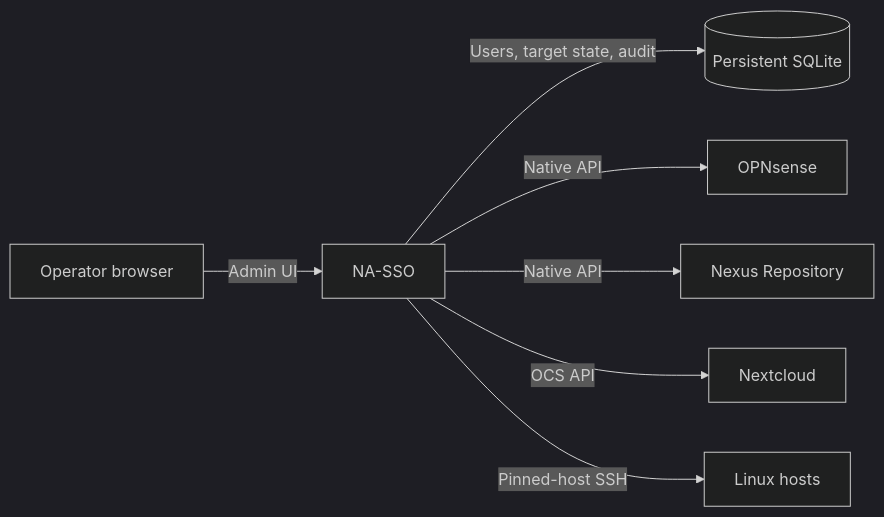
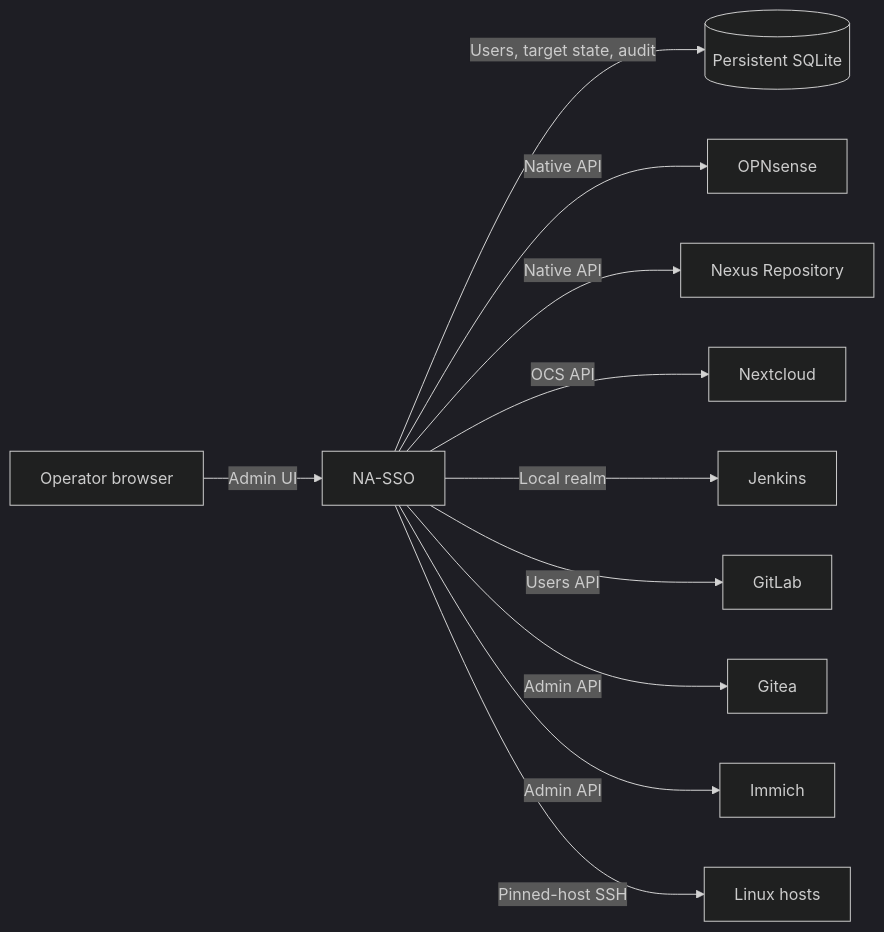
The diagram in README.md (jpbaking/na-sso), drawn with Mermaid (dark theme) before and after one commit. The commit also changed other lines of this file and 9 other files, not shown here.

````diff
--- a/README.md
+++ b/README.md
@@ -73,9 +79,13 @@
 ```mermaid
 flowchart LR
     Operator["Operator browser"] -->|"Admin UI"| NaSso["NA-SSO"]
     NaSso -->|"Users, target state, audit"| SQLite[("Persistent SQLite")]
     NaSso -->|"Native API"| OPNsense["OPNsense"]
     NaSso -->|"Native API"| Nexus["Nexus Repository"]
     NaSso -->|"OCS API"| Nextcloud["Nextcloud"]
+    NaSso -->|"Local realm"| Jenkins["Jenkins"]
+    NaSso -->|"Users API"| GitLab["GitLab"]
+    NaSso -->|"Admin API"| Gitea["Gitea"]
+    NaSso -->|"Admin API"| Immich["Immich"]
     NaSso -->|"Pinned-host SSH"| Linux["Linux hosts"]
 ```
````
